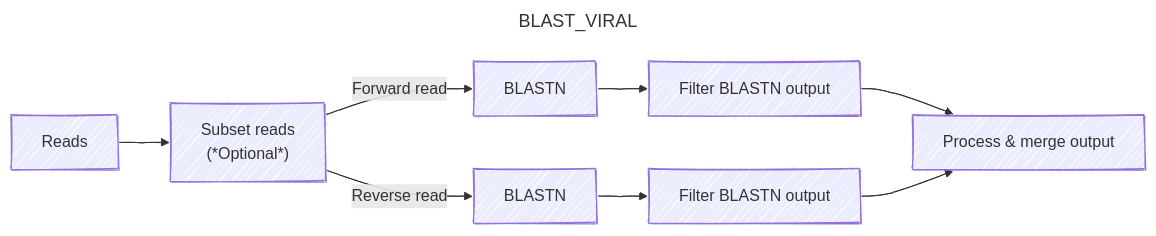
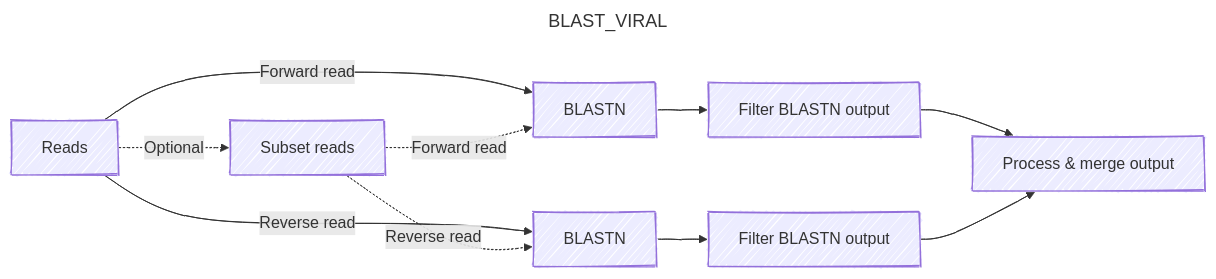
Before and after one commit to naobservatory/mgs-workflow: the fifth of 8 diagrams in docs/run.md, drawn with Mermaid. The commit also changed other lines of this file and 3 other files, not shown here.

````diff
--- a/docs/run.md
+++ b/docs/run.md
@@ -174,16 +160,18 @@
 ```mermaid
 ---
 title: BLAST_VIRAL
 config:
   layout: horizontal
   look: handDrawn
   theme: default
 ---
 flowchart LR
-A[Reads] --> B["Subset reads <br> (*Optional*)"]
-B --> |Forward read|C[BLASTN]
-B --> |Reverse read|D[BLASTN]
+A[Reads] -.-> |Optional|B[Subset reads]
+A --> |Forward read|C[BLASTN]
+A --> |Reverse read|D[BLASTN]
+B -.-> |Forward read|C[BLASTN]
+B -.-> |Reverse read|D[BLASTN]
 C --> E[Filter BLASTN output]
 D --> F[Filter BLASTN output]
 E & F --> G[Process & merge output]
 ```
````
